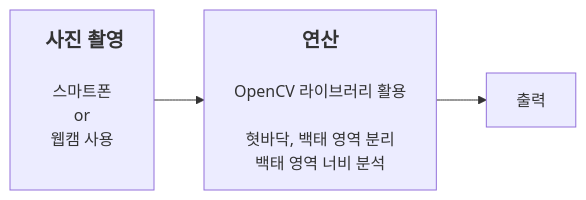
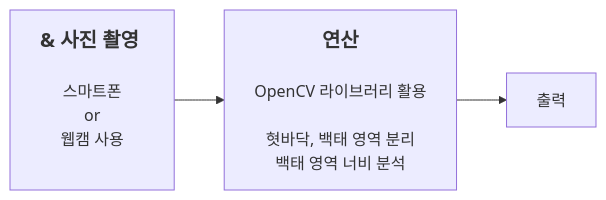
Before and after one commit to 201710808/-p: the diagram in Readme.md, drawn with Mermaid.

````diff
--- a/Readme.md
+++ b/Readme.md
@@ -3,5 +3,5 @@
 ```mermaid
 graph LR
-A[<b><span style='font-size:20px'>&#160;사진 촬영</span></b><br><br>스마트폰\nor\n웹캠 사용<br><br>]-->B[<b><span style='font-size:20px'>연산</span></b><br><br>OpenCV 라이브러리 활용<br><br>혓바닥, 백태 영역 분리<br>백태 영역 너비 분석]
+A[<b><span style='font-size:20px'>&#160;사진 촬영&#160;</span></b><br><br>스마트폰\nor\n웹캠 사용<br><br>]-->B[<b><span style='font-size:20px'>연산</span></b><br><br>OpenCV 라이브러리 활용<br><br>혓바닥, 백태 영역 분리<br>백태 영역 너비 분석]
 B-->C[출력]
 ```
````
